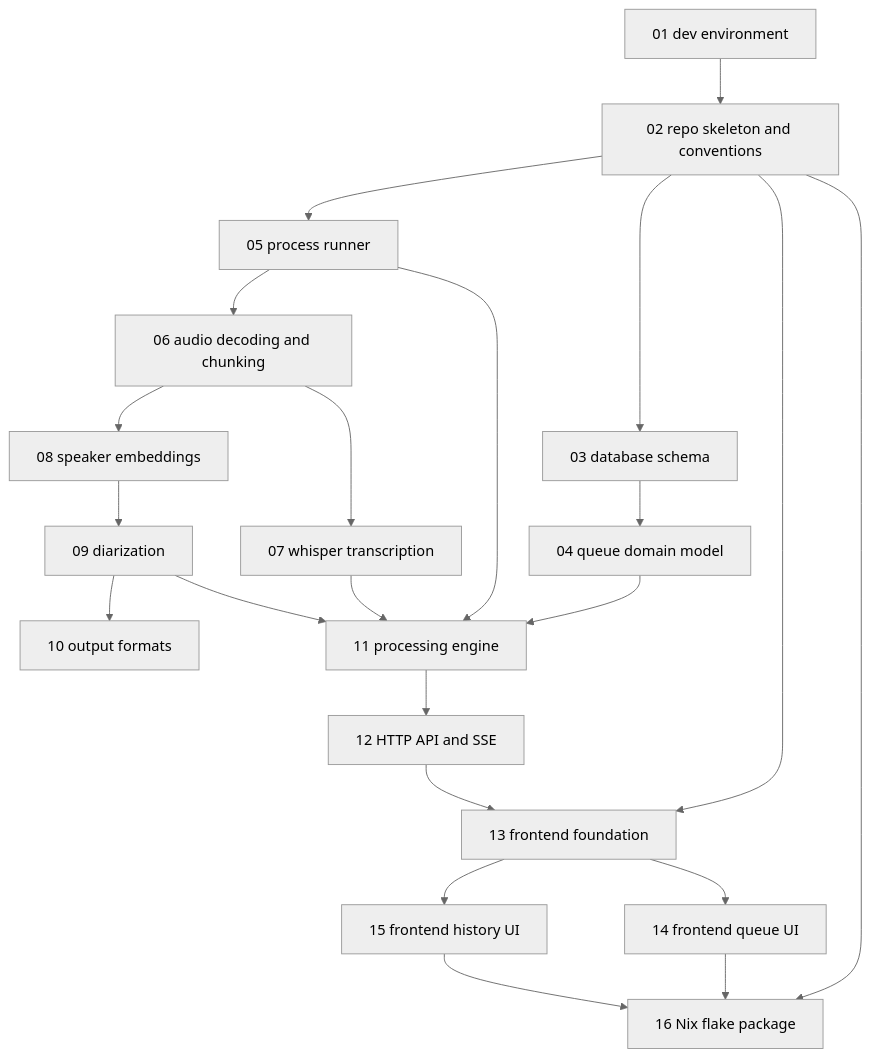
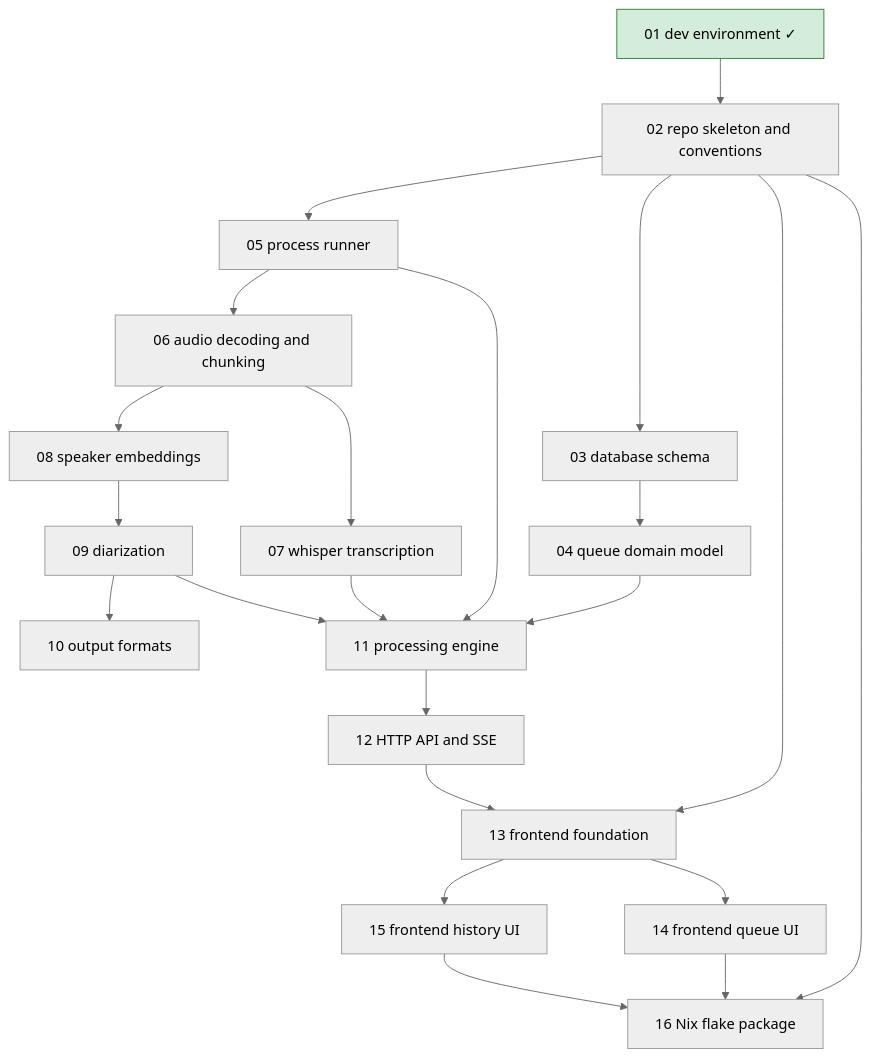
Before and after one commit to lulu-berlin/speech-to-text-app: the diagram in roadmap/README.md, drawn with Mermaid (neutral theme). The commit also changed other lines of this file and 4 other files, not shown here.

Commit message:
Complete roadmap item 01: move spec to docs/specs/dev-environment.md

````diff
--- a/roadmap/README.md
+++ b/roadmap/README.md
@@ -17,24 +17,25 @@
 ```mermaid
 graph TD
-  01[01 dev environment] --> 02[02 repo skeleton and conventions]
+  01[01 dev environment ✓]:::done --> 02[02 repo skeleton and conventions]
   02 --> 03[03 database schema]
   03 --> 04[04 queue domain model]
   02 --> 05[05 process runner]
   05 --> 06[06 audio decoding and chunking]
   06 --> 07[07 whisper transcription]
   06 --> 08[08 speaker embeddings]
   08 --> 09[09 diarization]
   09 --> 10[10 output formats]
   04 --> 11[11 processing engine]
   05 --> 11
   07 --> 11
   09 --> 11
   11 --> 12[12 HTTP API and SSE]
   02 --> 13[13 frontend foundation]
   12 --> 13
   13 --> 14[14 frontend queue UI]
   13 --> 15[15 frontend history UI]
   02 --> 16[16 Nix flake package]
   14 --> 16
   15 --> 16
+  classDef done fill:#d4edda,stroke:#2e7d32
 ```
````
